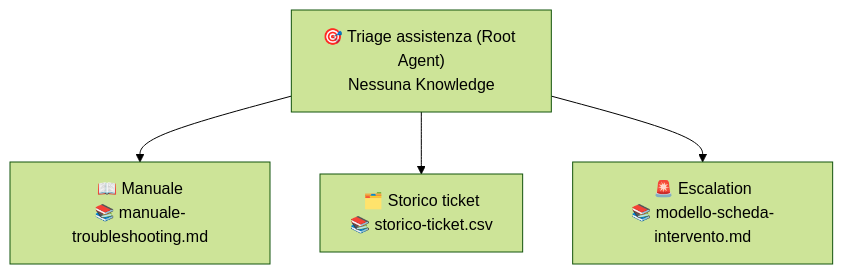
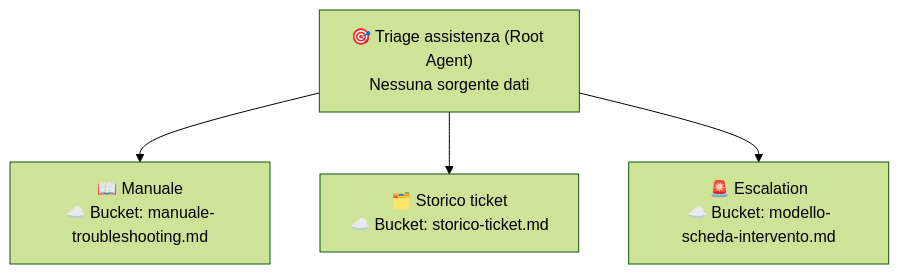
Before and after one commit to labs-ennova-research/ge-demo-brigata: the diagram in use-cases/02-assistenza-tecnica/README.md, drawn with Mermaid (forest theme). The commit also changed other lines of this file and 13 other files, not shown here.

Commit message:
docs(use-cases): convert CSV to Markdown tables and use bucket for subagents

````diff
--- a/use-cases/02-assistenza-tecnica/README.md
+++ b/use-cases/02-assistenza-tecnica/README.md
@@ -75,6 +75,6 @@
 ```mermaid
 flowchart TD
-    R["🎯 Triage assistenza (Root Agent)\nNessuna Knowledge"] --> S1["📖 Manuale\n📚 manuale-troubleshooting.md"]
-    R --> S2["🗂️ Storico ticket\n📚 storico-ticket.csv"]
-    R --> S3["🚨 Escalation\n📚 modello-scheda-intervento.md"]
+    R["🎯 Triage assistenza (Root Agent)\nNessuna sorgente dati"] --> S1["📖 Manuale\n☁️ Bucket: manuale-troubleshooting.md"]
+    R --> S2["🗂️ Storico ticket\n☁️ Bucket: storico-ticket.md"]
+    R --> S3["🚨 Escalation\n☁️ Bucket: modello-scheda-intervento.md"]
 ```
````
